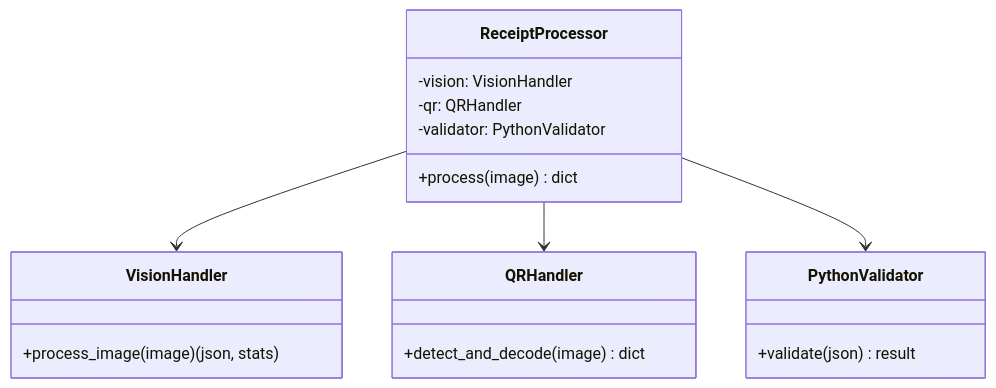
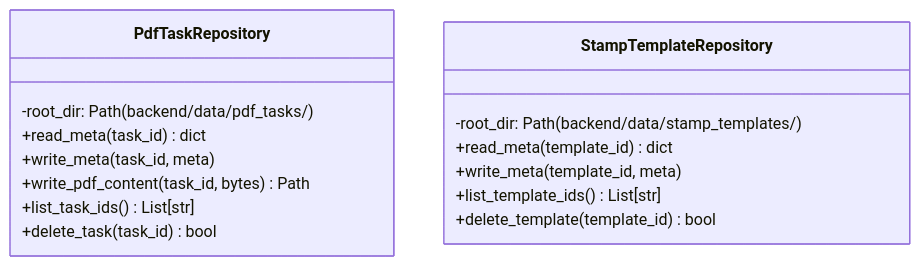
One commit to Alan2O18/InvoSmart changed the third of 4 diagrams in docs/backend_architecture.md. Above: the diagram before and after it, drawn with Mermaid. The commit also changed other lines of this file and 53 other files, not shown here.

First line of the commit message:
feat(v0.0.25): 架構重構 — 3層邊界強制、服務拆分、前端視圖整合

````diff
--- a/docs/backend_architecture.md
+++ b/docs/backend_architecture.md
@@ -114,25 +170,19 @@
 ```mermaid
 classDiagram
-    class ReceiptProcessor {
-        -vision: VisionHandler
-        -qr: QRHandler
-        -validator: PythonValidator
-        +process(image) dict
+    class PdfTaskRepository {
+        -root_dir: Path (backend/data/pdf_tasks/)
+        +read_meta(task_id) dict
+        +write_meta(task_id, meta)
+        +write_pdf_content(task_id, bytes) Path
+        +list_task_ids() List[str]
+        +delete_task(task_id) bool
     }
 
-    class VisionHandler {
-        +process_image(image) (json, stats)
+    class StampTemplateRepository {
+        -root_dir: Path (backend/data/stamp_templates/)
+        +read_meta(template_id) dict
+        +write_meta(template_id, meta)
+        +list_template_ids() List[str]
+        +delete_template(template_id) bool
     }
-
-    class QRHandler {
-        +detect_and_decode(image) dict
-    }
-
-    class PythonValidator {
-        +validate(json) result
-    }
-
-    ReceiptProcessor --> VisionHandler
-    ReceiptProcessor --> QRHandler
-    ReceiptProcessor --> PythonValidator
 ```
````
